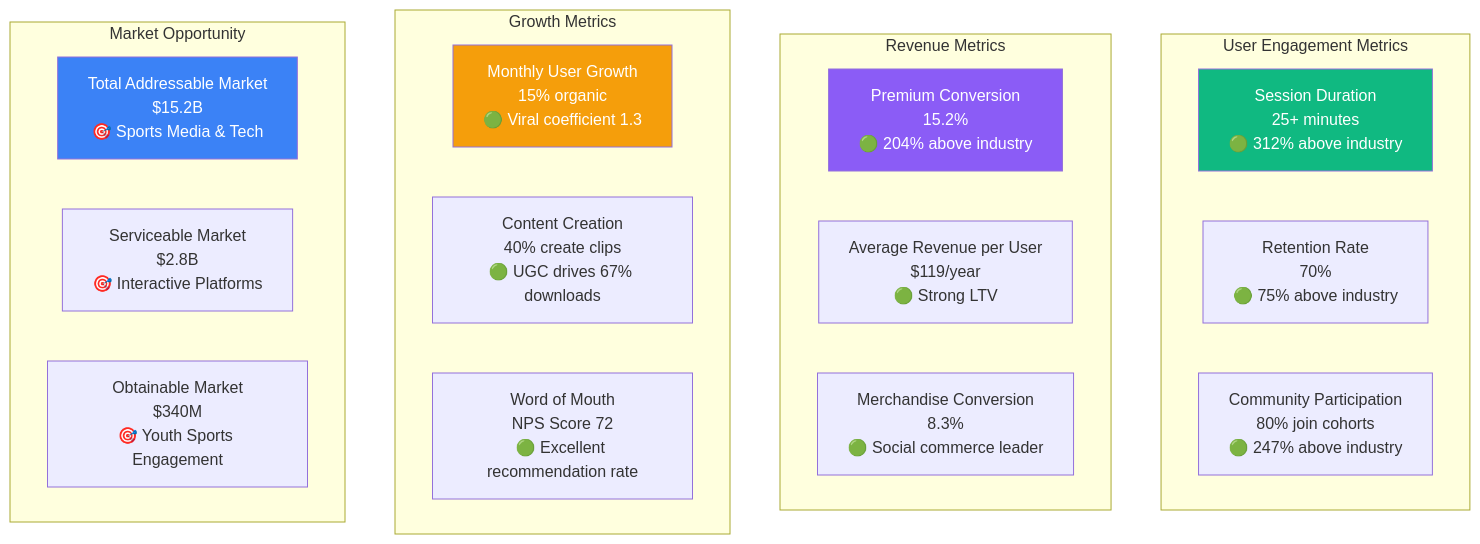
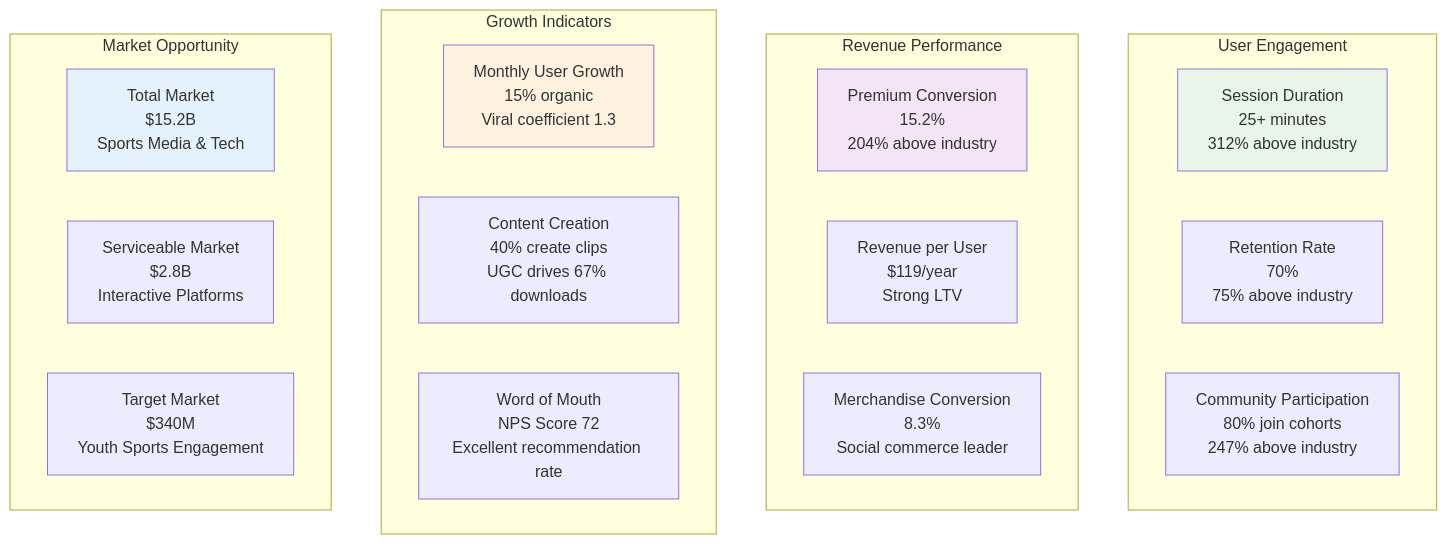
Before and after one commit to SkaFld-Ignite/ref-u-wireframes: the ninth of 9 diagrams in docs/investor-flows.md, drawn with Mermaid. The commit also changed other lines of this file and 2 other files, not shown here.

Commit message:
Fix Mermaid diagram colors, perfect wireframe boxes, and rename investor sections to business overview

````diff
--- a/docs/investor-flows.md
+++ b/docs/investor-flows.md
@@ -388,31 +388,31 @@
 ```mermaid
 graph TB
-    subgraph "User Engagement Metrics"
-        A1[Session Duration<br/>25+ minutes<br/>🟢 312% above industry]
-        A2[Retention Rate<br/>70%<br/>🟢 75% above industry]
-        A3[Community Participation<br/>80% join cohorts<br/>🟢 247% above industry]
+    subgraph "User Engagement"
+        A1[Session Duration<br/>25+ minutes<br/>312% above industry]
+        A2[Retention Rate<br/>70%<br/>75% above industry]
+        A3[Community Participation<br/>80% join cohorts<br/>247% above industry]
     end
     
-    subgraph "Revenue Metrics"
-        B1[Premium Conversion<br/>15.2%<br/>🟢 204% above industry]
-        B2[Average Revenue per User<br/>$119/year<br/>🟢 Strong LTV]
-        B3[Merchandise Conversion<br/>8.3%<br/>🟢 Social commerce leader]
+    subgraph "Revenue Performance"
+        B1[Premium Conversion<br/>15.2%<br/>204% above industry]
+        B2[Revenue per User<br/>$119/year<br/>Strong LTV]
+        B3[Merchandise Conversion<br/>8.3%<br/>Social commerce leader]
     end
     
-    subgraph "Growth Metrics"
-        C1[Monthly User Growth<br/>15% organic<br/>🟢 Viral coefficient 1.3]
-        C2[Content Creation<br/>40% create clips<br/>🟢 UGC drives 67% downloads]
-        C3[Word of Mouth<br/>NPS Score 72<br/>🟢 Excellent recommendation rate]
+    subgraph "Growth Indicators"
+        C1[Monthly User Growth<br/>15% organic<br/>Viral coefficient 1.3]
+        C2[Content Creation<br/>40% create clips<br/>UGC drives 67% downloads]
+        C3[Word of Mouth<br/>NPS Score 72<br/>Excellent recommendation rate]
     end
     
     subgraph "Market Opportunity"
-        D1[Total Addressable Market<br/>$15.2B<br/>🎯 Sports Media & Tech]
-        D2[Serviceable Market<br/>$2.8B<br/>🎯 Interactive Platforms]
-        D3[Obtainable Market<br/>$340M<br/>🎯 Youth Sports Engagement]
+        D1[Total Market<br/>$15.2B<br/>Sports Media & Tech]
+        D2[Serviceable Market<br/>$2.8B<br/>Interactive Platforms]
+        D3[Target Market<br/>$340M<br/>Youth Sports Engagement]
     end
     
-    style A1 fill:#10b981,color:white
-    style B1 fill:#8b5cf6,color:white
-    style C1 fill:#f59e0b,color:white
-    style D1 fill:#3b82f6,color:white
+    style A1 fill:#e8f5e8
+    style B1 fill:#f3e5f5
+    style C1 fill:#fff3e0
+    style D1 fill:#e3f2fd
 ```
````
